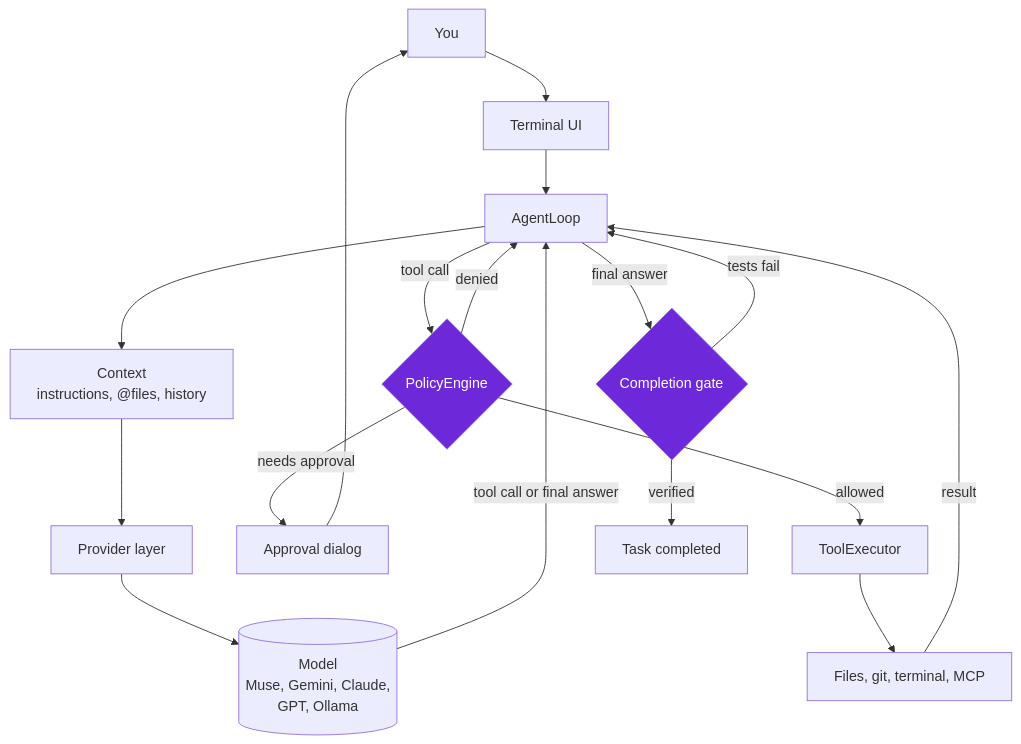
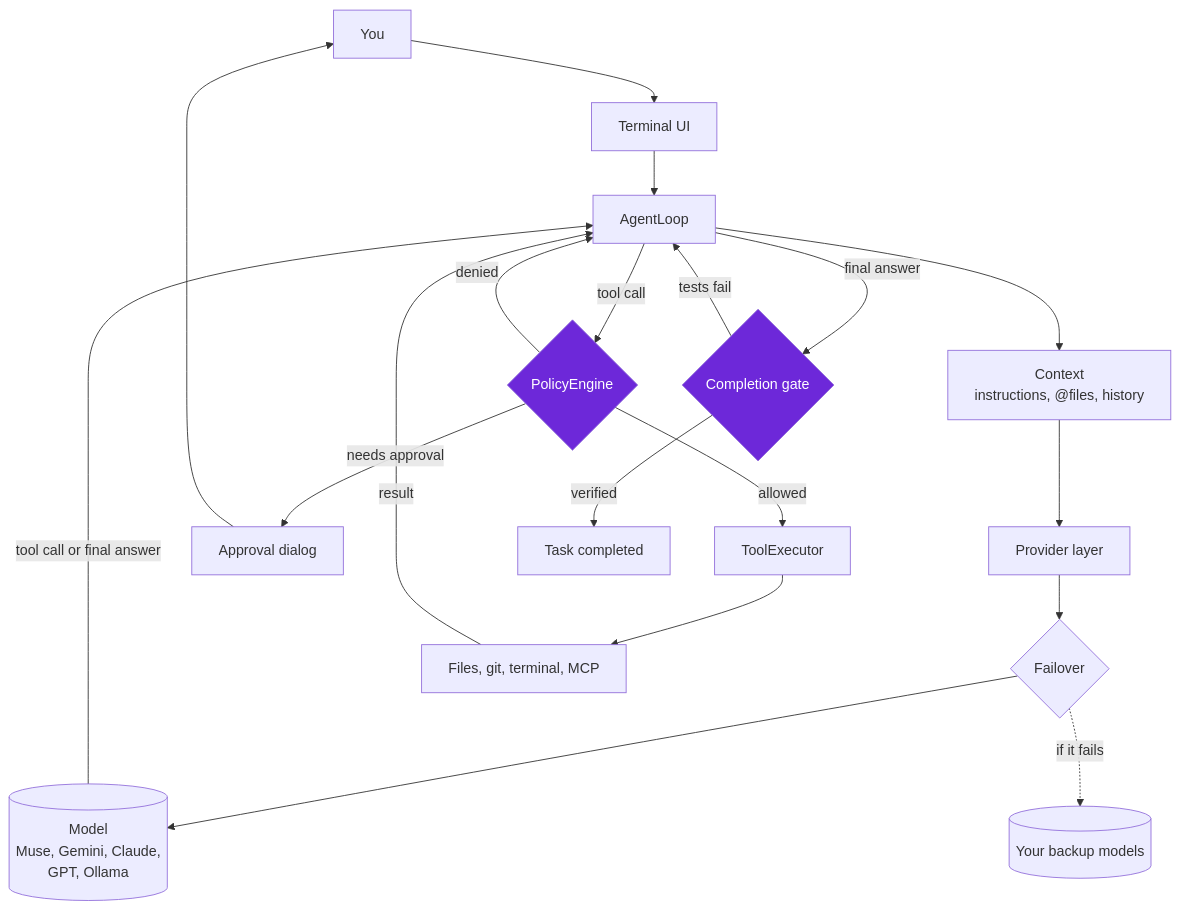
Before and after one commit to balax-24/Buzzard-Code: the diagram in README.md, drawn with Mermaid. The commit also changed other lines of this file and 696 other files, not shown here.

````diff
--- a/README.md
+++ b/README.md
@@ -83,24 +84,26 @@
 ```mermaid
 flowchart TD
     U[You] --> UI[Terminal UI]
     UI --> L[AgentLoop]
     L --> CTX[Context<br/>instructions, @files, history]
     CTX --> P[Provider layer]
-    P --> M[(Model<br/>Muse, Gemini, Claude,<br/>GPT, Ollama)]
+    P --> F{Failover}
+    F --> M[(Model<br/>Muse, Gemini, Claude,<br/>GPT, Ollama)]
+    F -.->|if it fails| B[(Your backup models)]
     M -->|tool call or final answer| L
 
     L -->|tool call| POL{PolicyEngine}
     POL -->|needs approval| A[Approval dialog]
     A --> U
     POL -->|allowed| EX[ToolExecutor]
     POL -->|denied| L
     EX --> T[Files, git, terminal, MCP]
     T -->|result| L
 
     L -->|final answer| G{Completion gate}
     G -->|tests fail| L
     G -->|verified| D[Task completed]
 
     style POL fill:#6d28d9,color:#fff
     style G fill:#6d28d9,color:#fff
 ```
````
